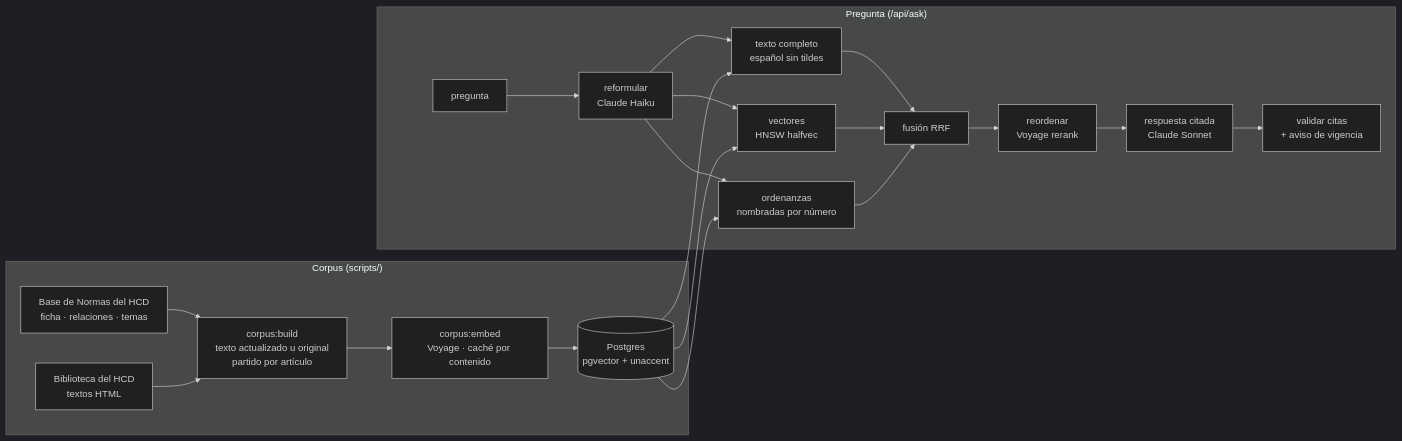
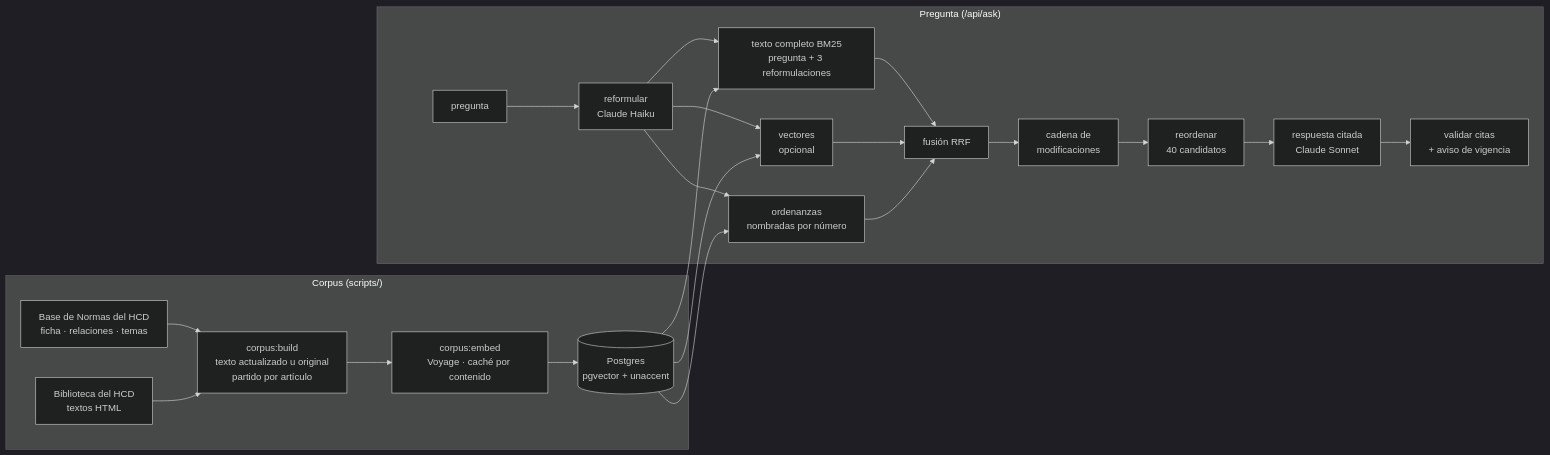
The diagram in README.md (MatheoTe/digesto-abierto), drawn with Mermaid (dark theme) before and after one commit. The commit also changed other lines of this file and 6 other files, not shown here.

````diff
--- a/README.md
+++ b/README.md
@@ -25,18 +25,18 @@
 ```mermaid
 flowchart LR
   subgraph Corpus["Corpus (scripts/)"]
     BN[Base de Normas del HCD<br/>ficha · relaciones · temas] --> B[corpus:build<br/>texto actualizado u original<br/>partido por artículo]
     BT[Biblioteca del HCD<br/>textos HTML] --> B
     B --> E[corpus:embed<br/>Voyage · caché por contenido]
     E --> PG[(Postgres<br/>pgvector + unaccent)]
   end
   subgraph Pregunta["Pregunta (/api/ask)"]
     Q[pregunta] --> R[reformular<br/>Claude Haiku]
-    R --> F[texto completo<br/>español sin tildes]
-    R --> V[vectores<br/>HNSW halfvec]
+    R --> F[texto completo BM25<br/>pregunta + 3 reformulaciones]
+    R --> V[vectores<br/>opcional]
     R --> N[ordenanzas<br/>nombradas por número]
-    F & V & N --> RRF[fusión RRF] --> RR[reordenar<br/>Voyage rerank] --> G[respuesta citada<br/>Claude Sonnet]
+    F & V & N --> RRF[fusión RRF] --> M[cadena de<br/>modificaciones] --> RR[reordenar<br/>40 candidatos] --> G[respuesta citada<br/>Claude Sonnet]
     G --> C[validar citas<br/>+ aviso de vigencia]
   end
   PG --> F & V & N
 ```
````
